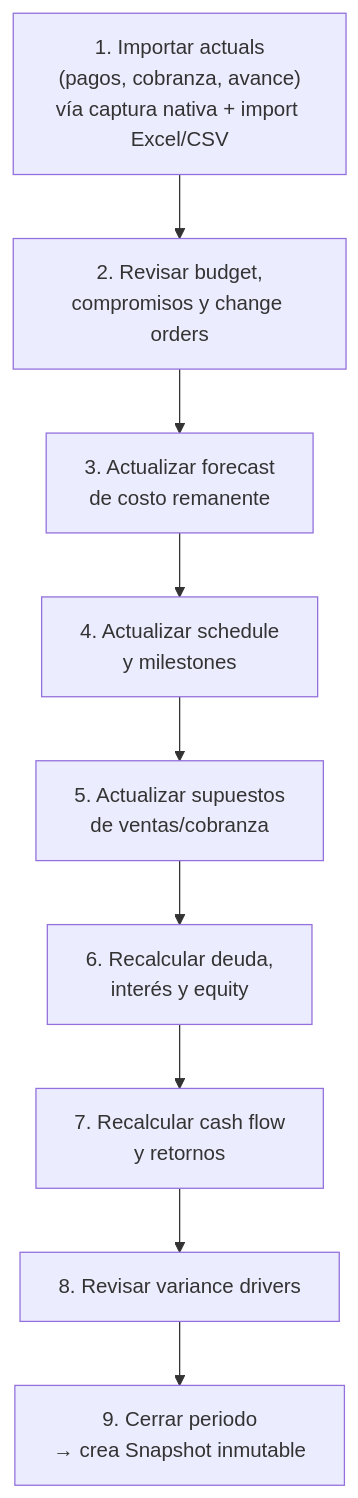
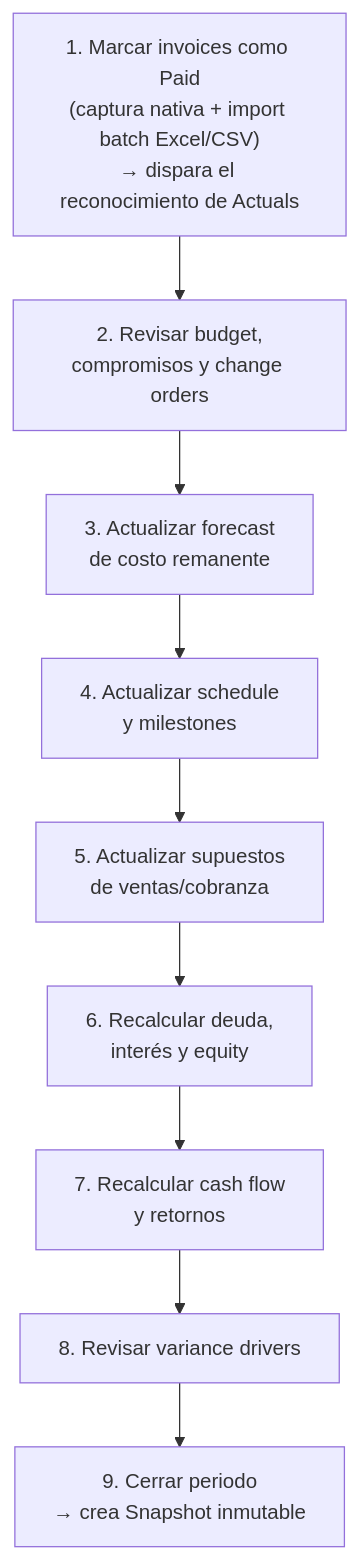
The seventh of 7 diagrams in docs/strategy/00-analisis-arquitectura-y-mvp.md (gabrielafundora/Plataforma-RE), drawn with Mermaid before and after one commit. The commit also changed other lines of this file, not shown here.

First line of the commit message:
Incorporate founder decisions: Deal/UW mode, cash-basis actuals, Scenario/Snapshot lifecycle

````diff
--- a/docs/strategy/00-analisis-arquitectura-y-mvp.md
+++ b/docs/strategy/00-analisis-arquitectura-y-mvp.md
@@ -288,11 +290,11 @@
 ```mermaid
 graph TD
-  S1["1. Importar actuals<br/>(pagos, cobranza, avance)<br/>vía captura nativa + import Excel/CSV"] --> S2["2. Revisar budget,<br/>compromisos y change orders"]
+  S1["1. Marcar invoices como Paid<br/>(captura nativa + import batch Excel/CSV)<br/>→ dispara el reconocimiento de Actuals"] --> S2["2. Revisar budget,<br/>compromisos y change orders"]
   S2 --> S3["3. Actualizar forecast<br/>de costo remanente"]
   S3 --> S4["4. Actualizar schedule<br/>y milestones"]
   S4 --> S5["5. Actualizar supuestos<br/>de ventas/cobranza"]
   S5 --> S6["6. Recalcular deuda,<br/>interés y equity"]
   S6 --> S7["7. Recalcular cash flow<br/>y retornos"]
   S7 --> S8["8. Revisar variance drivers"]
   S8 --> S9["9. Cerrar periodo<br/>→ crea Snapshot inmutable"]
 ```
````
